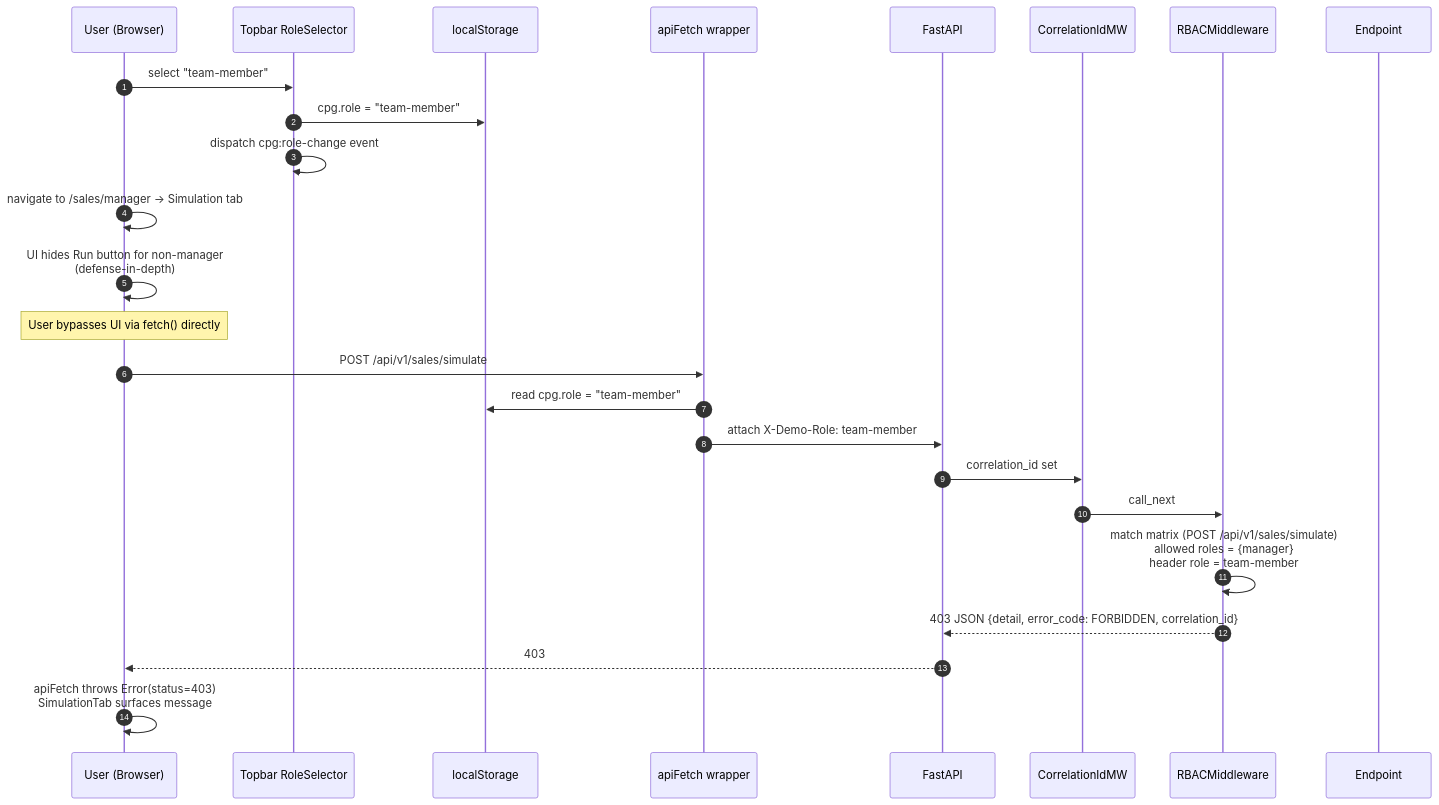
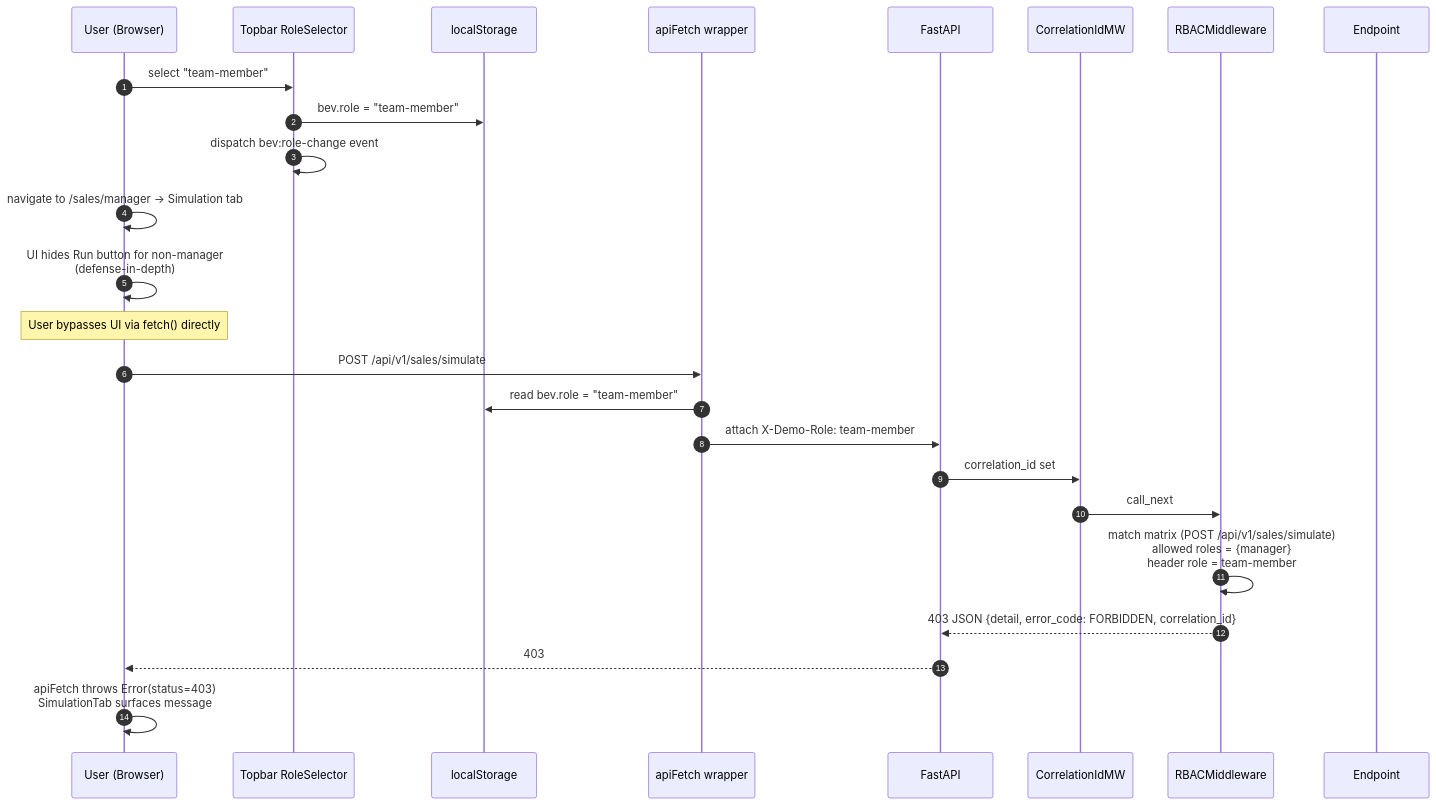
One commit to PraveenAsthana123/cpg changed the diagram in docs/diagrams/sales-rbac-flow.md. Above: the diagram before and after it, drawn with Mermaid. The commit also changed 92 other files, not shown here.

````diff
--- a/docs/diagrams/sales-rbac-flow.md
+++ b/docs/diagrams/sales-rbac-flow.md
@@ -3,29 +3,29 @@
 ```mermaid
 sequenceDiagram
     autonumber
     participant U as User (Browser)
     participant TB as Topbar RoleSelector
     participant LS as localStorage
     participant AF as apiFetch wrapper
     participant BE as FastAPI
     participant CID as CorrelationIdMW
     participant RBAC as RBACMiddleware
     participant EP as Endpoint
 
     U->>TB: select "team-member"
-    TB->>LS: cpg.role = "team-member"
-    TB->>TB: dispatch cpg:role-change event
+    TB->>LS: bev.role = "team-member"
+    TB->>TB: dispatch bev:role-change event
     U->>U: navigate to /sales/manager → Simulation tab
     U->>U: UI hides Run button for non-manager<br/>(defense-in-depth)
 
     Note over U: User bypasses UI via fetch() directly
     U->>AF: POST /api/v1/sales/simulate
-    AF->>LS: read cpg.role = "team-member"
+    AF->>LS: read bev.role = "team-member"
     AF->>BE: attach X-Demo-Role: team-member
     BE->>CID: correlation_id set
     CID->>RBAC: call_next
     RBAC->>RBAC: match matrix (POST /api/v1/sales/simulate)<br/>allowed roles = {manager}<br/>header role = team-member
     RBAC-->>BE: 403 JSON {detail, error_code: FORBIDDEN, correlation_id}
     BE-->>U: 403
     U->>U: apiFetch throws Error(status=403)<br/>SimulationTab surfaces message
 ```
````
